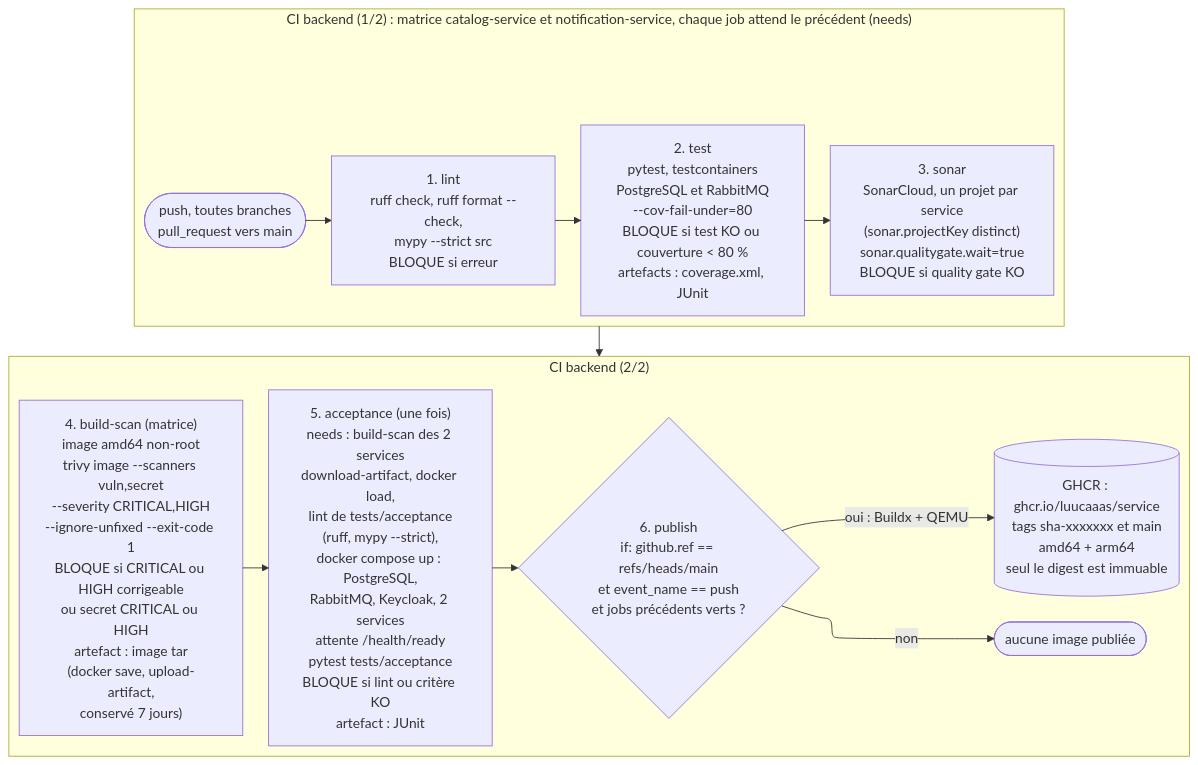
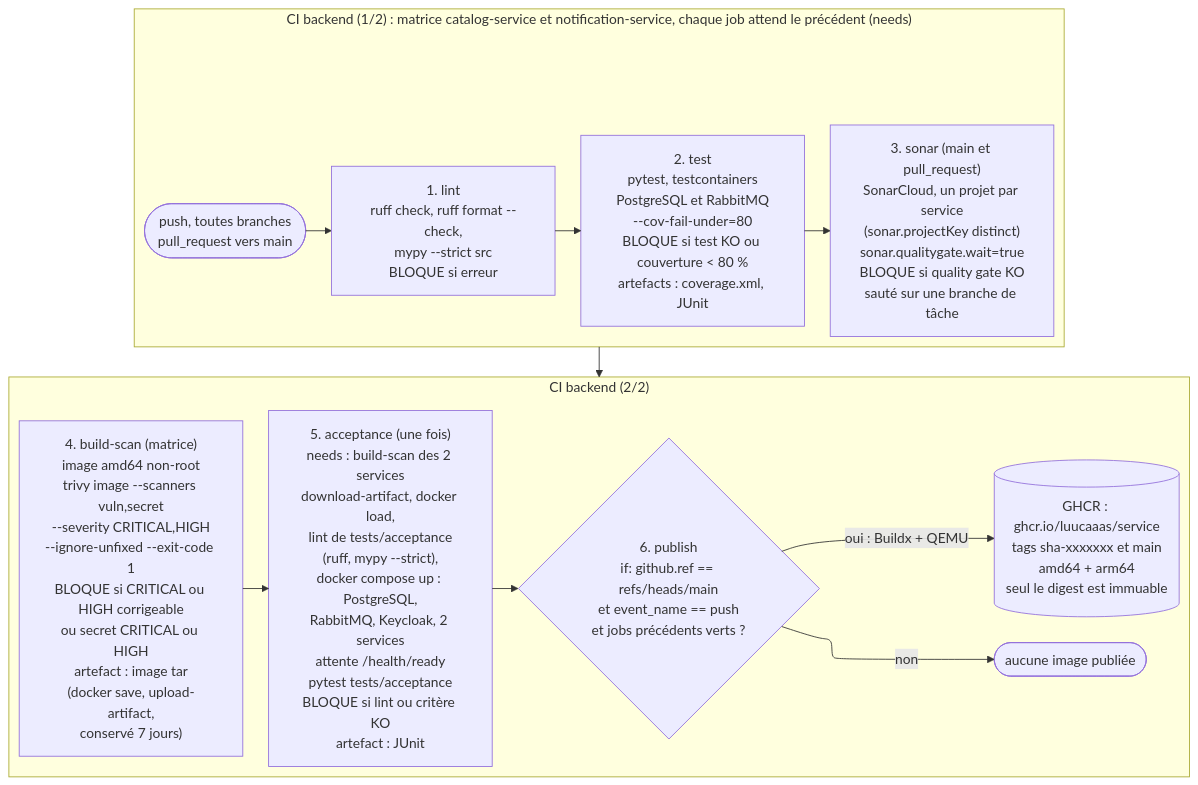
The second of 2 diagrams in docs/01-qualite/cicd.md (Luucaaas/collector-poc), drawn with Mermaid before and after one commit. The commit also changed other lines of this file and 12 other files, not shown here.

First line of the commit message:
Fusion de P5-04 : job sonar (SonarCloud), couverture des branches, image de base mise à jour (#1)

````diff
--- a/docs/01-qualite/cicd.md
+++ b/docs/01-qualite/cicd.md
@@ -62,16 +63,16 @@
 ```mermaid
 %%{init: {"flowchart": {"defaultRenderer": "elk"}}}%%
 flowchart TB
     %% id: pipeline-backend
     subgraph R1["CI backend (1/2) : matrice catalog-service et notification-service, chaque job attend le précédent (needs)"]
         direction LR
-        TRIG(["push, toutes branches<br/>pull_request vers main"]) --> LINT["1. lint<br/>ruff check, ruff format --check,<br/>mypy --strict src<br/>BLOQUE si erreur"] --> TEST["2. test<br/>pytest, testcontainers<br/>PostgreSQL et RabbitMQ<br/>--cov-fail-under=80<br/>BLOQUE si test KO ou couverture &lt; 80 %<br/>artefacts : coverage.xml, JUnit"] --> SONAR["3. sonar<br/>SonarCloud, un projet par service<br/>(sonar.projectKey distinct)<br/>sonar.qualitygate.wait=true<br/>BLOQUE si quality gate KO"]
+        TRIG(["push, toutes branches<br/>pull_request vers main"]) --> LINT["1. lint<br/>ruff check, ruff format --check,<br/>mypy --strict src<br/>BLOQUE si erreur"] --> TEST["2. test<br/>pytest, testcontainers<br/>PostgreSQL et RabbitMQ<br/>--cov-fail-under=80<br/>BLOQUE si test KO ou couverture &lt; 80 %<br/>artefacts : coverage.xml, JUnit"] --> SONAR["3. sonar (main et pull_request)<br/>SonarCloud, un projet par service<br/>(sonar.projectKey distinct)<br/>sonar.qualitygate.wait=true<br/>BLOQUE si quality gate KO<br/>sauté sur une branche de tâche"]
     end
     subgraph R2["CI backend (2/2)"]
         direction LR
         BS["4. build-scan (matrice)<br/>image amd64 non-root<br/>trivy image --scanners vuln,secret<br/>--severity CRITICAL,HIGH<br/>--ignore-unfixed --exit-code 1<br/>BLOQUE si CRITICAL ou HIGH corrigeable<br/>ou secret CRITICAL ou HIGH<br/>artefact : image tar<br/>(docker save, upload-artifact,<br/>conservé 7 jours)"] --> ACC["5. acceptance (une fois)<br/>needs : build-scan des 2 services<br/>download-artifact, docker load,<br/>lint de tests/acceptance<br/>(ruff, mypy --strict),<br/>docker compose up : PostgreSQL,<br/>RabbitMQ, Keycloak, 2 services<br/>attente /health/ready<br/>pytest tests/acceptance<br/>BLOQUE si lint ou critère KO<br/>artefact : JUnit"] --> PUB{"6. publish<br/>if: github.ref == refs/heads/main<br/>et event_name == push<br/>et jobs précédents verts ?"}
         PUB -->|"oui : Buildx + QEMU"| GHCR[("GHCR : ghcr.io/luucaaas/service<br/>tags sha-xxxxxxx et main<br/>amd64 + arm64<br/>seul le digest est immuable")]
         PUB -->|"non"| FIN(["aucune image publiée"])
     end
     R1 --> R2
 ```
````
